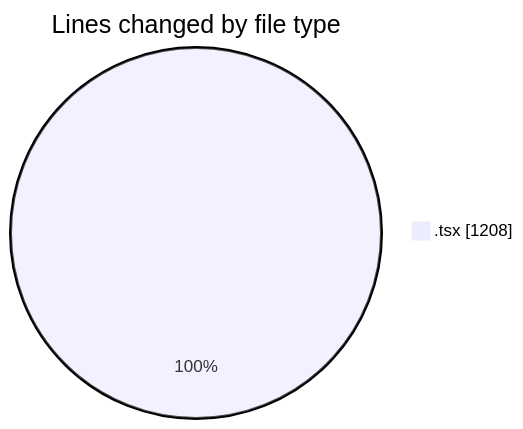
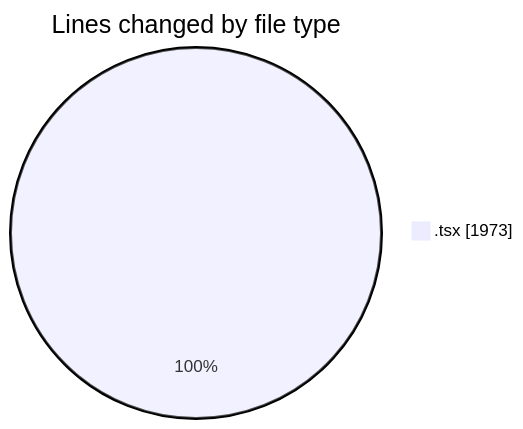
One commit to lephambinh05/code-tracking changed the first of 2 diagrams in 2025-08-21/napxuvn/README.md. Above: the diagram before and after it, drawn with Mermaid. The commit also changed other lines of this file and 1 other file, not shown here.

````diff
--- a/2025-08-21/napxuvn/README.md
+++ b/2025-08-21/napxuvn/README.md
@@ -24,5 +27,5 @@
 ```mermaid
 pie showData
 title Lines changed by file type
-".tsx" : 1208
+".tsx" : 1973
 ```
````
